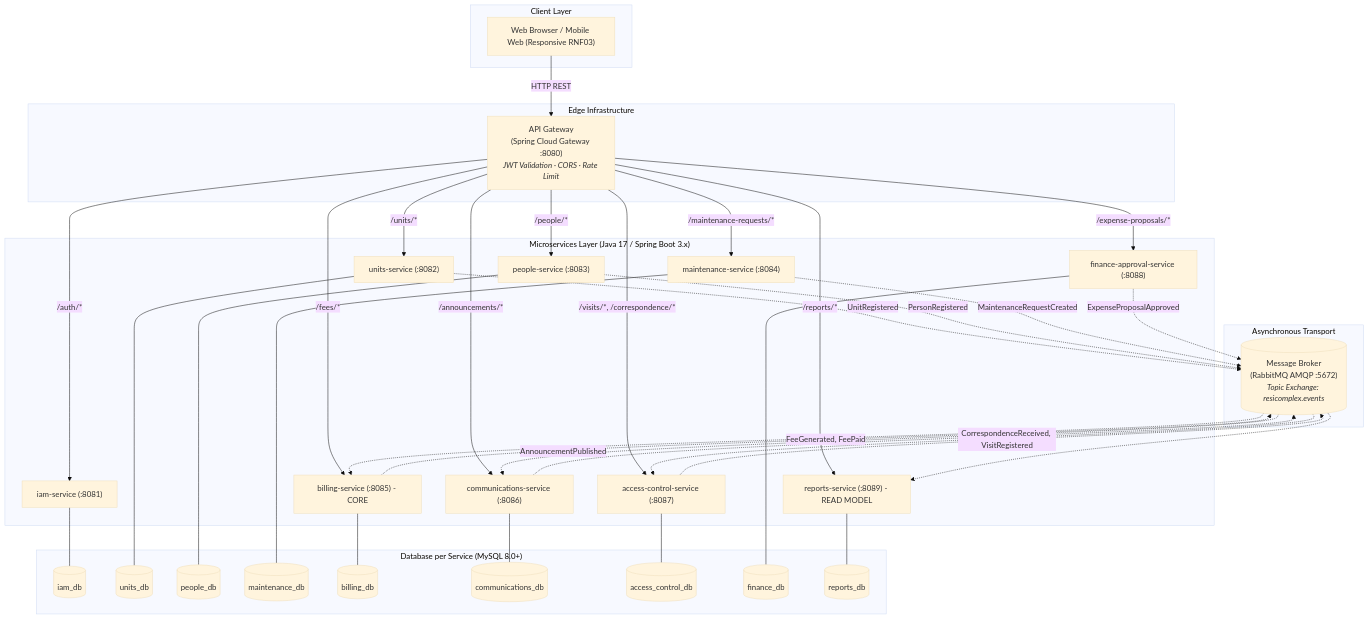
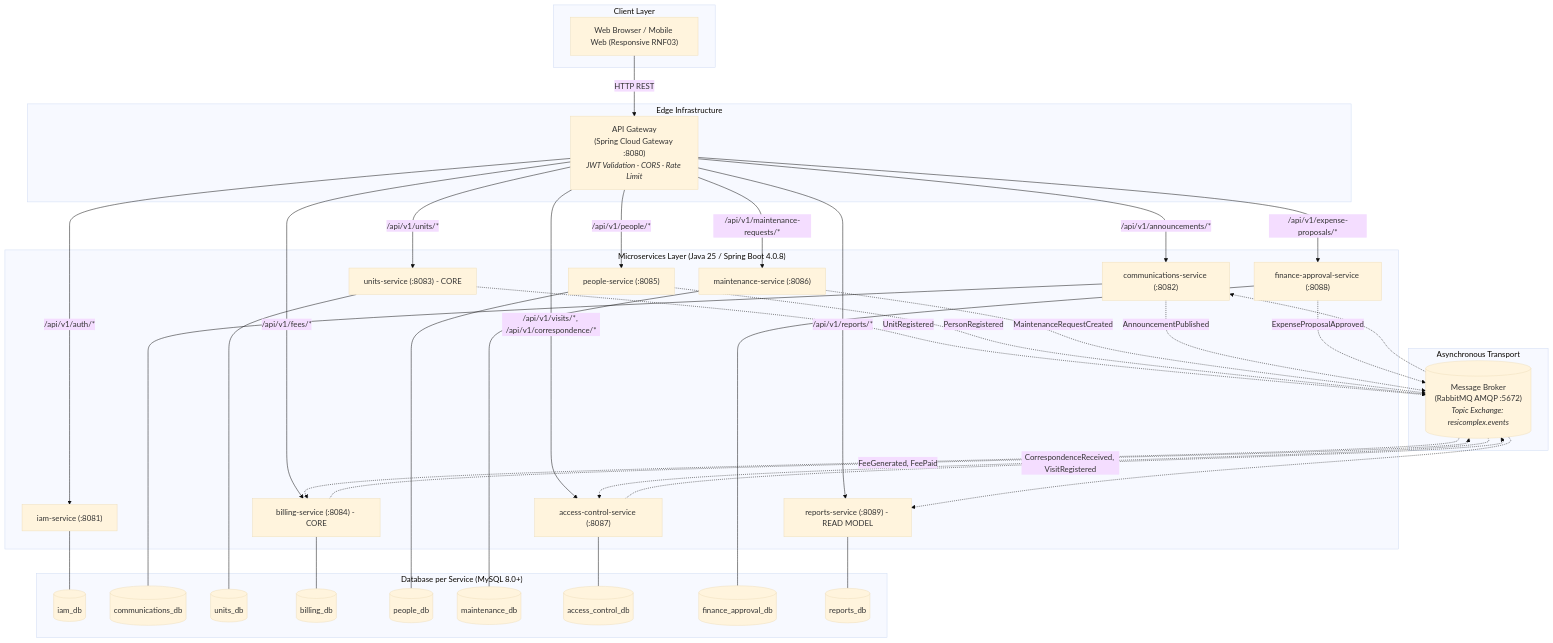
Before and after one commit to code-sena/resi-complex-docs: the diagram in 05-architecture/decisions/records/architecture-decisions-and-infrastructure.md, drawn with Mermaid (base theme). The commit also changed 76 other files, not shown here.

````diff
--- a/05-architecture/decisions/records/architecture-decisions-and-infrastructure.md
+++ b/05-architecture/decisions/records/architecture-decisions-and-infrastructure.md
@@ -343,78 +343,78 @@
 ```mermaid
 graph TB
     subgraph ClientLayer ["Client Layer"]
         WEB["Web Browser / Mobile Web (Responsive RNF03)"]
     end
 
     subgraph GatewayLayer ["Edge Infrastructure"]
         GW["API Gateway<br/>(Spring Cloud Gateway :8080)<br/><i>JWT Validation · CORS · Rate Limit</i>"]
     end
 
     subgraph MessagingLayer ["Asynchronous Transport"]
         BROKER[("Message Broker<br/>(RabbitMQ AMQP :5672)<br/><i>Topic Exchange: resicomplex.events</i>")]
     end
 
-    subgraph Microservices ["Microservices Layer (Java 17 / Spring Boot 3.x)"]
+    subgraph Microservices ["Microservices Layer (Java 25 / Spring Boot 4.0.8)"]
         IAM["iam-service (:8081)"]
-        UNITS["units-service (:8082)"]
-        PEOPLE["people-service (:8083)"]
-        MAINT["maintenance-service (:8084)"]
-        BILLING["billing-service (:8085) - CORE"]
-        COMM["communications-service (:8086)"]
+        COMM["communications-service (:8082)"]
+        UNITS["units-service (:8083) - CORE"]
+        BILLING["billing-service (:8084) - CORE"]
+        PEOPLE["people-service (:8085)"]
+        MAINT["maintenance-service (:8086)"]
         ACCESS["access-control-service (:8087)"]
         FINANCE["finance-approval-service (:8088)"]
         REPORTS["reports-service (:8089) - READ MODEL"]
     end
 
     subgraph PersistenceLayer ["Database per Service (MySQL 8.0+)"]
         DB_IAM[("iam_db")]
+        DB_COMM[("communications_db")]
         DB_UNITS[("units_db")]
+        DB_BILLING[("billing_db")]
         DB_PEOPLE[("people_db")]
         DB_MAINT[("maintenance_db")]
-        DB_BILLING[("billing_db")]
-        DB_COMM[("communications_db")]
         DB_ACCESS[("access_control_db")]
-        DB_FINANCE[("finance_db")]
+        DB_FINANCE[("finance_approval_db")]
         DB_REPORTS[("reports_db")]
     end
 
     %% Client to Gateway
     WEB -->|HTTP REST| GW
 
     %% Gateway to Services
-    GW -->|/auth/*| IAM
-    GW -->|/units/*| UNITS
-    GW -->|/people/*| PEOPLE
-    GW -->|/maintenance-requests/*| MAINT
-    GW -->|/fees/*| BILLING
-    GW -->|/announcements/*| COMM
-    GW -->|/visits/*, /correspondence/*| ACCESS
-    GW -->|/expense-proposals/*| FINANCE
-    GW -->|/reports/*| REPORTS
+    GW -->|/api/v1/auth/*| IAM
+    GW -->|/api/v1/announcements/*| COMM
+    GW -->|/api/v1/units/*| UNITS
+    GW -->|/api/v1/fees/*| BILLING
+    GW -->|/api/v1/people/*| PEOPLE
+    GW -->|/api/v1/maintenance-requests/*| MAINT
+    GW -->|/api/v1/visits/*, /api/v1/correspondence/*| ACCESS
+    GW -->|/api/v1/expense-proposals/*| FINANCE
+    GW -->|/api/v1/reports/*| REPORTS
 
     %% Service to DB
     IAM --- DB_IAM
+    COMM --- DB_COMM
     UNITS --- DB_UNITS
+    BILLING --- DB_BILLING
     PEOPLE --- DB_PEOPLE
     MAINT --- DB_MAINT
-    BILLING --- DB_BILLING
-    COMM --- DB_COMM
     ACCESS --- DB_ACCESS
     FINANCE --- DB_FINANCE
     REPORTS --- DB_REPORTS
 
     %% Event Publishing
     UNITS -.->|UnitRegistered| BROKER
     PEOPLE -.->|PersonRegistered| BROKER
     MAINT -.->|MaintenanceRequestCreated| BROKER
     BILLING -.->|FeeGenerated, FeePaid| BROKER
     COMM -.->|AnnouncementPublished| BROKER
     ACCESS -.->|CorrespondenceReceived, VisitRegistered| BROKER
     FINANCE -.->|ExpenseProposalApproved| BROKER
 
     %% Event Subscriptions
     BROKER -.-> BILLING
     BROKER -.-> COMM
     BROKER -.-> ACCESS
     BROKER -.-> REPORTS
 ```
````
